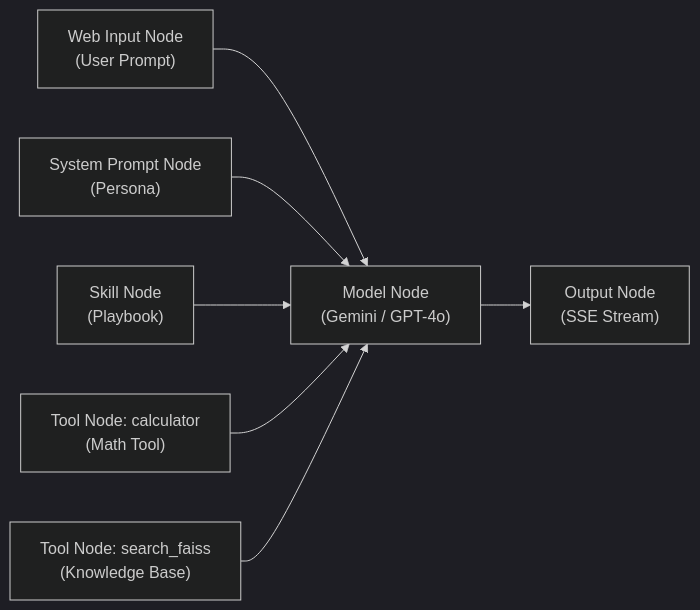
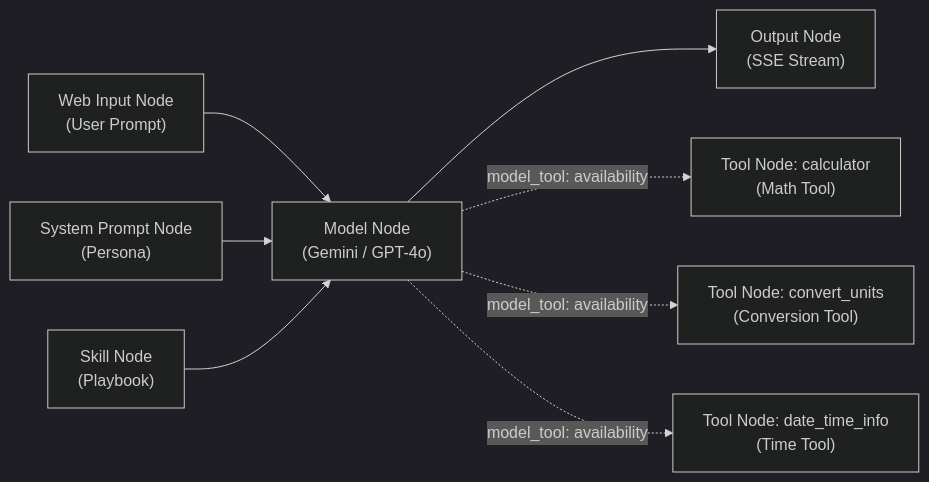
One commit to DungTran1201/AgentHarnessApplied changed the second of 4 diagrams in docs/features/tool-management/04-architecture-and-invocation-lifecycle.md. Above: the diagram before and after it, drawn with Mermaid (dark theme). The commit also changed other lines of this file and 14 other files, not shown here.

````diff
--- a/docs/features/tool-management/04-architecture-and-invocation-lifecycle.md
+++ b/docs/features/tool-management/04-architecture-and-invocation-lifecycle.md
@@ -90,9 +90,10 @@
 ```mermaid
 graph LR
     InputNode["Web Input Node<br/>(User Prompt)"] --> ModelNode["Model Node<br/>(Gemini / GPT-4o)"]
     PromptNode["System Prompt Node<br/>(Persona)"] --> ModelNode
     SkillNode["Skill Node<br/>(Playbook)"] --> ModelNode
-    ToolNode1["Tool Node: calculator<br/>(Math Tool)"] --> ModelNode
-    ToolNode2["Tool Node: search_faiss<br/>(Knowledge Base)"] --> ModelNode
     ModelNode --> OutputNode["Output Node<br/>(SSE Stream)"]
+    ModelNode -.->|model_tool: availability| ToolNode1["Tool Node: calculator<br/>(Math Tool)"]
+    ModelNode -.->|model_tool: availability| ToolNode2["Tool Node: convert_units<br/>(Conversion Tool)"]
+    ModelNode -.->|model_tool: availability| ToolNode3["Tool Node: date_time_info<br/>(Time Tool)"]
 ```
````
